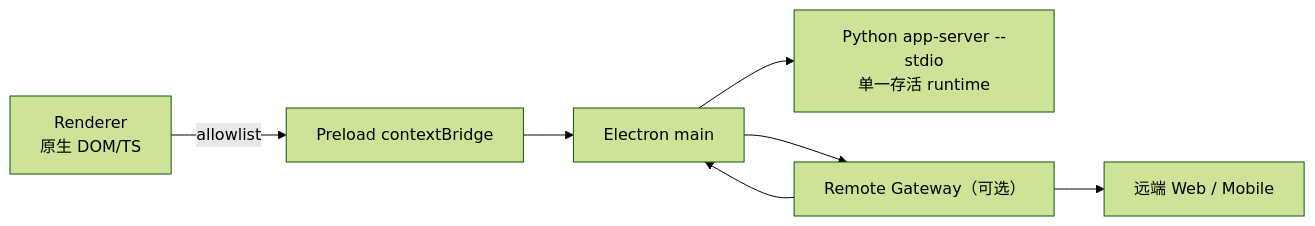
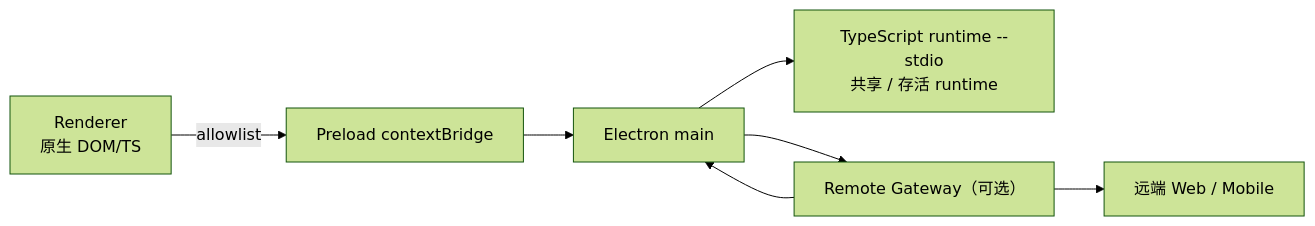
Before and after one commit to Azzurroooo/rind: the diagram in docs/internals/07-surfaces/desktop.zh-CN.md, drawn with Mermaid (forest theme). The commit also changed other lines of this file and 169 other files, not shown here.

Commit message:
feat(runtime,gateway): complete pure TypeScript migration and eliminate Python

```diff
--- a/docs/internals/07-surfaces/desktop.zh-CN.md
+++ b/docs/internals/07-surfaces/desktop.zh-CN.md
@@ -7,9 +7,9 @@
 ~~~mermaid
 flowchart LR
     R["Renderer<br/>原生 DOM/TS"] -->|allowlist| P["Preload contextBridge"]
     P --> M["Electron main"]
-    M --> W["Python app-server --stdio<br/>单一存活 runtime"]
+    M --> W["TypeScript runtime --stdio<br/>共享 / 存活 runtime"]
     M --> G["Remote Gateway（可选）"]
     G --> B["远端 Web / Mobile"]
     G --> M
 ~~~
```
